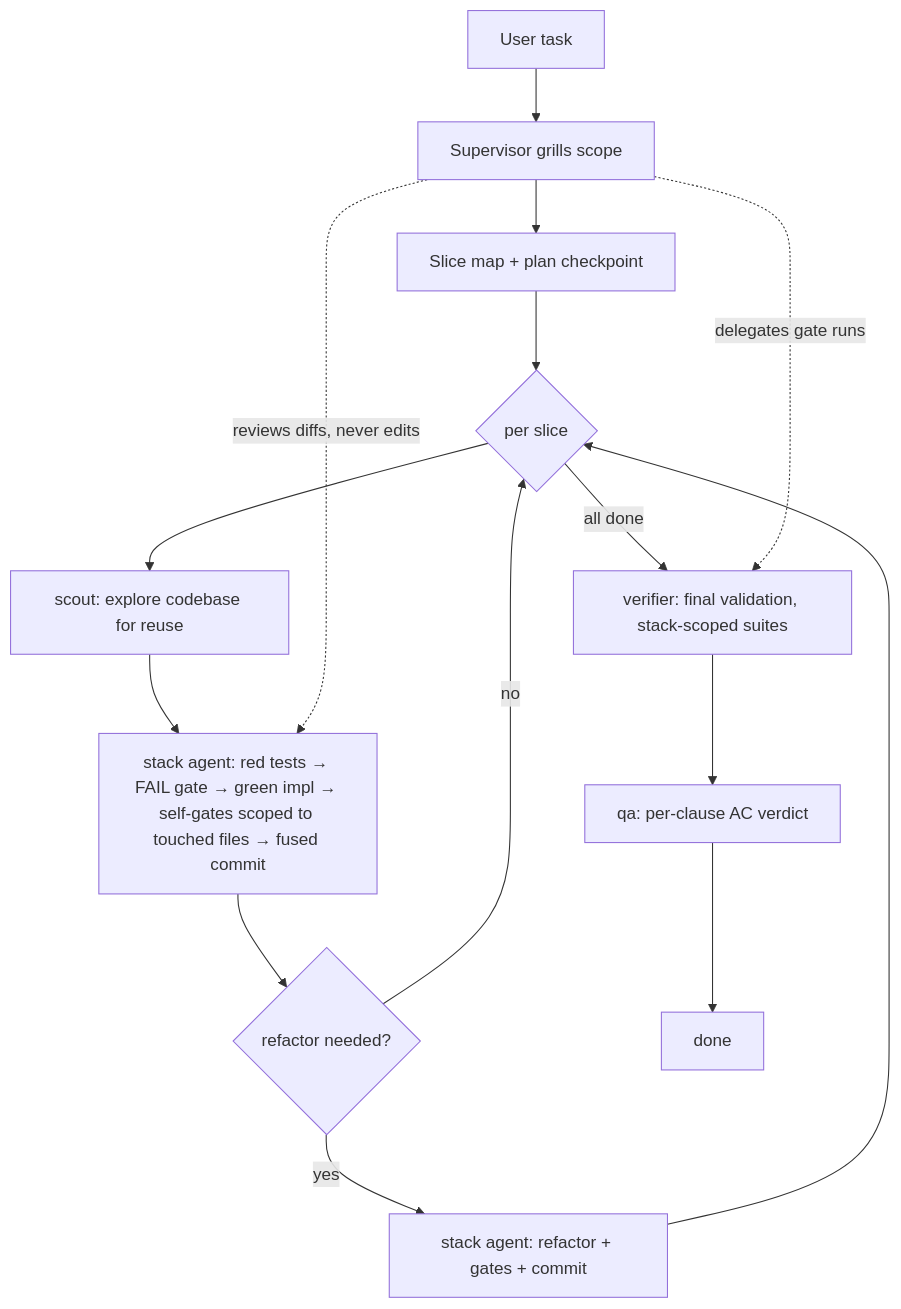
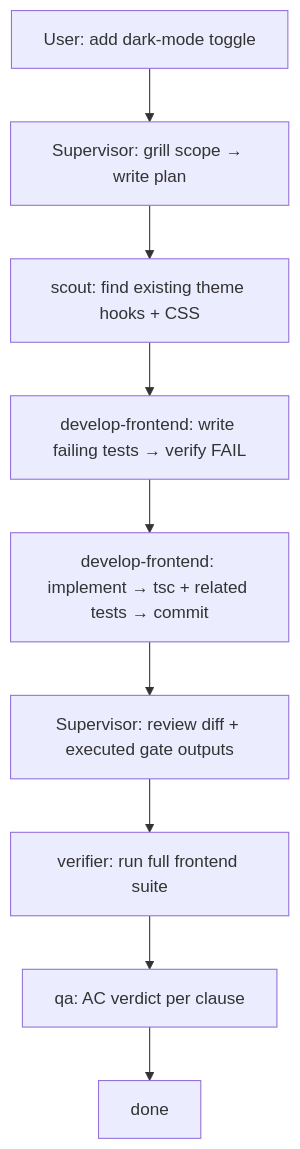
Before and after one commit to BoatPrakit/setup-supervisor: the second of 2 diagrams in README.md, drawn with Mermaid. The commit also changed other lines of this file, not shown here.

Commit message:
[Boat] docs: replace task loop with concrete example

````diff
--- a/README.md
+++ b/README.md
@@ -65,17 +65,11 @@
 ```mermaid
 flowchart TD
-    U[User task] --> S[Supervisor grills scope]
-    S --> P[Slice map + plan checkpoint]
-    P --> L{per slice}
-    L --> SC[scout: explore codebase for reuse]
-    SC --> W[stack agent: red tests → FAIL gate → green impl → self-gates scoped to touched files → fused commit]
-    W --> R{refactor needed?}
-    R -->|yes| RF[stack agent: refactor + gates + commit]
-    R -->|no| L
-    RF --> L
-    L -->|all done| F[verifier: final validation, stack-scoped suites]
-    F --> Q[qa: per-clause AC verdict]
-    Q --> D[done]
-    S -.reviews diffs, never edits.-> W
-    S -.delegates gate runs.-> F
+    U["User: add dark-mode toggle"] --> G["Supervisor: grill scope → write plan"]
+    G --> SC["scout: find existing theme hooks + CSS"]
+    SC --> FE["develop-frontend: write failing tests → verify FAIL"]
+    FE --> FE2["develop-frontend: implement → tsc + related tests → commit"]
+    FE2 --> REV["Supervisor: review diff + executed gate outputs"]
+    REV --> VER["verifier: run full frontend suite"]
+    VER --> QA["qa: AC verdict per clause"]
+    QA --> DONE["done"]
 ```
````
